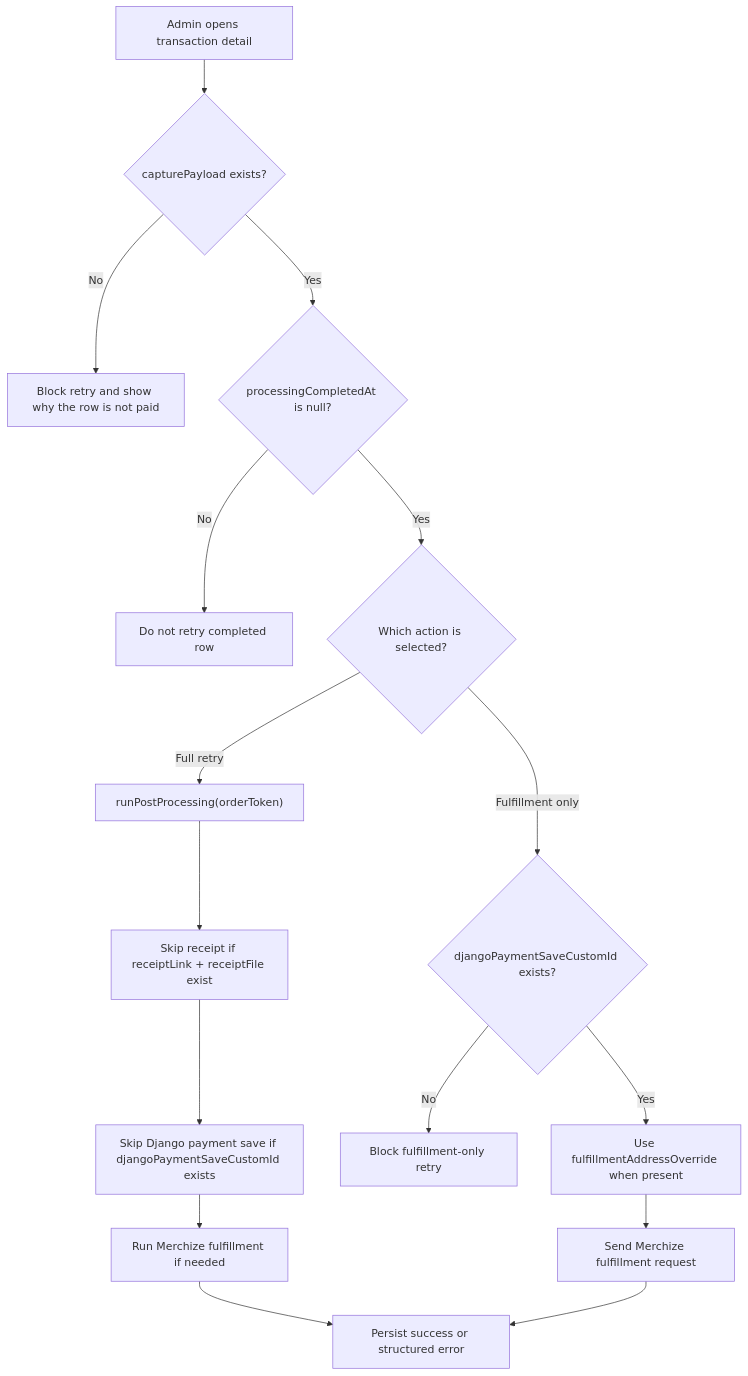
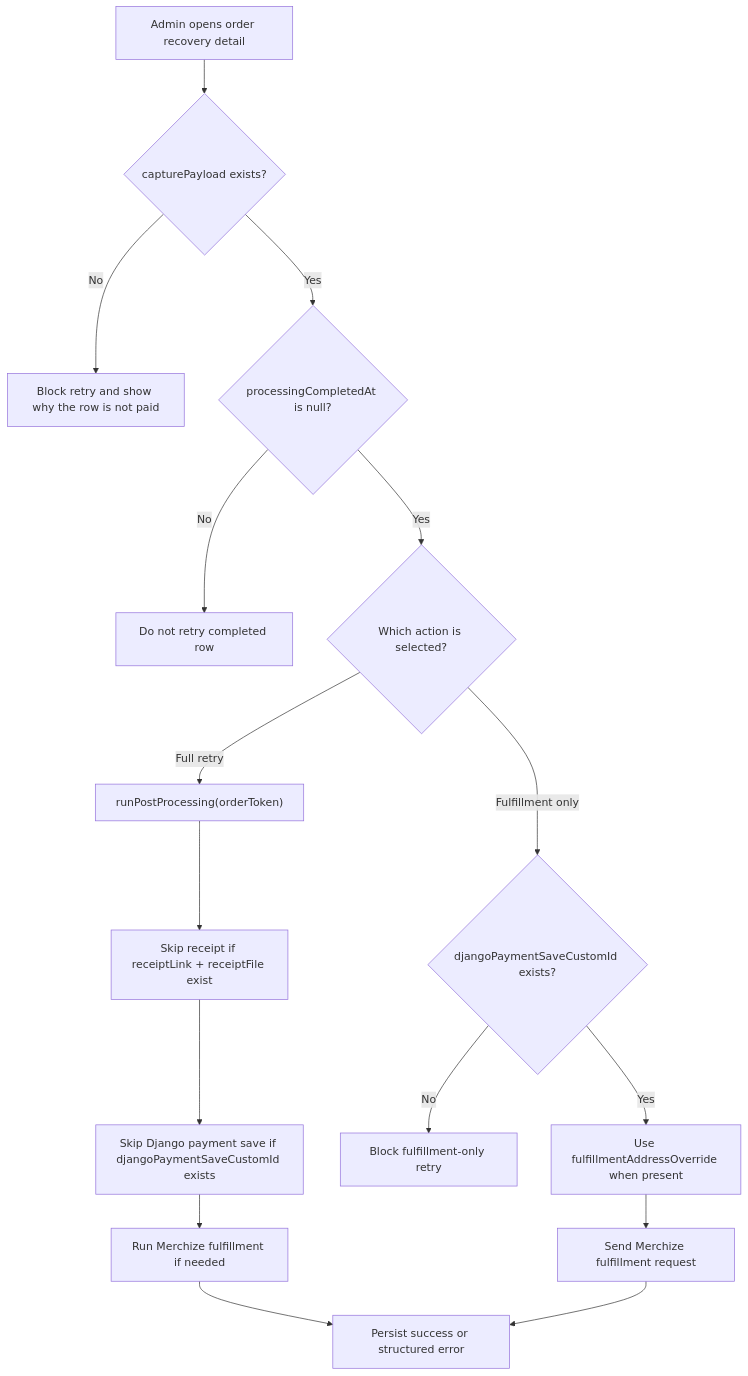
The third of 3 diagrams in ADMIN_RECOVERY_TOOLING_GUIDE.md (Codex-Christi/codex_christi_frontend), drawn with Mermaid before and after one commit. The commit also changed other lines of this file and 29 other files, not shown here.

````diff
--- a/ADMIN_RECOVERY_TOOLING_GUIDE.md
+++ b/ADMIN_RECOVERY_TOOLING_GUIDE.md
@@ -400,18 +484,18 @@
 ```mermaid
 flowchart TD
-  A["Admin opens transaction detail"] --> B{"capturePayload exists?"}
+  A["Admin opens order recovery detail"] --> B{"capturePayload exists?"}
   B -->|"No"| C["Block retry and show why the row is not paid"]
   B -->|"Yes"| D{"processingCompletedAt is null?"}
   D -->|"No"| E["Do not retry completed row"]
   D -->|"Yes"| F{"Which action is selected?"}
   F -->|"Full retry"| G["runPostProcessing(orderToken)"]
   G --> H["Skip receipt if receiptLink + receiptFile exist"]
   H --> I["Skip Django payment save if djangoPaymentSaveCustomId exists"]
   I --> J["Run Merchize fulfillment if needed"]
   J --> K["Persist success or structured error"]
   F -->|"Fulfillment only"| L{"djangoPaymentSaveCustomId exists?"}
   L -->|"No"| M["Block fulfillment-only retry"]
   L -->|"Yes"| N["Use fulfillmentAddressOverride when present"]
   N --> O["Send Merchize fulfillment request"]
   O --> K
 ```
````
